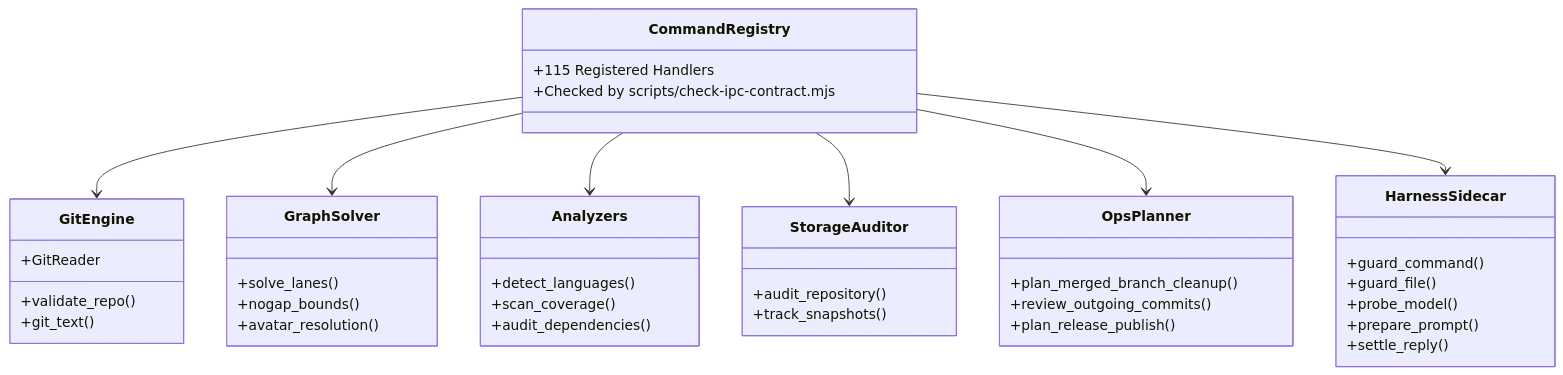
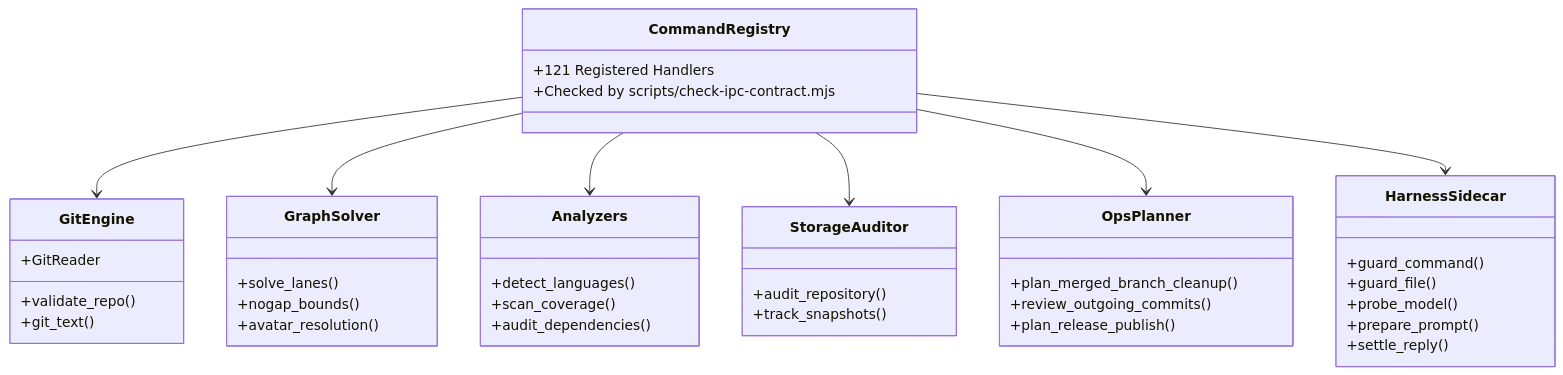
One commit to bharathvbcr/GitPulse changed the third of 4 diagrams in docs/ARCHITECTURE.md. Above: the diagram before and after it, drawn with Mermaid. The commit also changed other lines of this file and 19 other files, not shown here.

````diff
--- a/docs/ARCHITECTURE.md
+++ b/docs/ARCHITECTURE.md
@@ -96,45 +96,45 @@
 ```mermaid
 classDiagram
     class CommandRegistry {
-        +115 Registered Handlers
+        +121 Registered Handlers
         +Checked by scripts/check-ipc-contract.mjs
     }
     class GitEngine {
         +validate_repo()
         +git_text()
         +GitReader
     }
     class GraphSolver {
         +solve_lanes()
         +nogap_bounds()
         +avatar_resolution()
     }
     class Analyzers {
         +detect_languages()
         +scan_coverage()
         +audit_dependencies()
     }
     class StorageAuditor {
         +audit_repository()
         +track_snapshots()
     }
     class OpsPlanner {
         +plan_merged_branch_cleanup()
         +review_outgoing_commits()
         +plan_release_publish()
     }
     class HarnessSidecar {
         +guard_command()
         +guard_file()
         +probe_model()
         +prepare_prompt()
         +settle_reply()
     }
 
     CommandRegistry --> GitEngine
     CommandRegistry --> GraphSolver
     CommandRegistry --> Analyzers
     CommandRegistry --> StorageAuditor
     CommandRegistry --> OpsPlanner
     CommandRegistry --> HarnessSidecar
 ```
````
